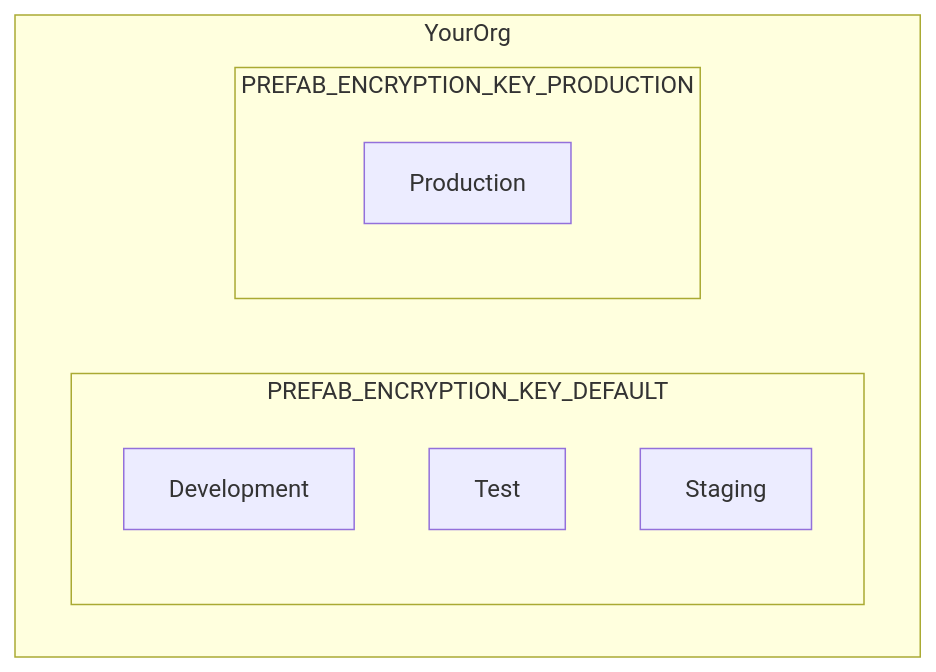
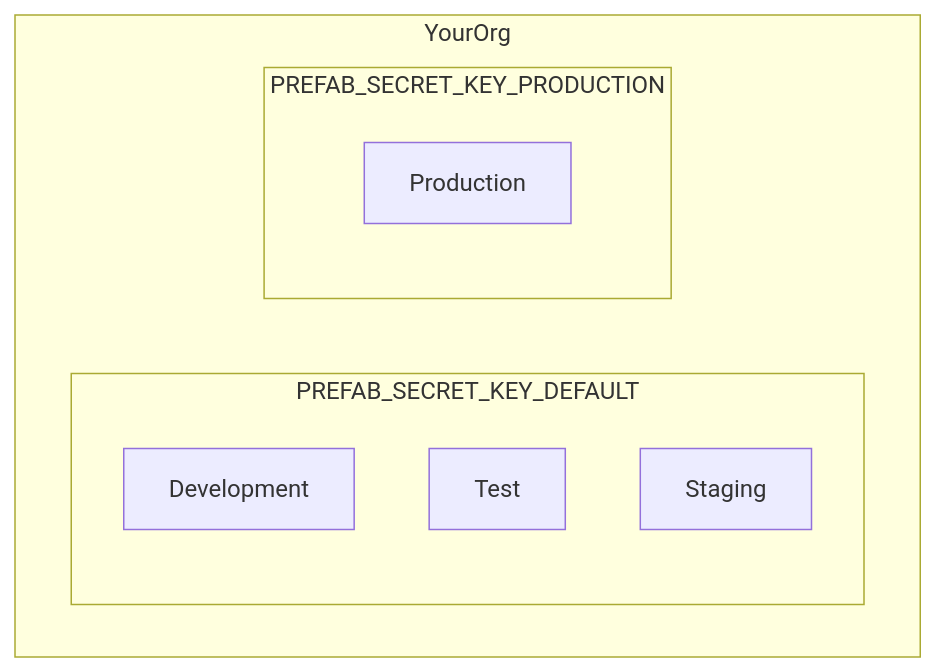
One commit to prefab-cloud/prefab-cloud-docs-web changed the second of 3 diagrams in docs/explanations/features/secret-management.md. Above: the diagram before and after it, drawn with Mermaid. The commit also changed other lines of this file, not shown here.

Commit message:
secret-management

````diff
--- a/docs/explanations/features/secret-management.md
+++ b/docs/explanations/features/secret-management.md
@@ -136,14 +136,14 @@
 ```mermaid
 graph
   subgraph YourOrg
-    subgraph PREFAB_ENCRYPTION_KEY_DEFAULT
+    subgraph PREFAB_SECRET_KEY_DEFAULT
       Development
       Test
       Staging
     end
-    subgraph PREFAB_ENCRYPTION_KEY_PRODUCTION
+    subgraph PREFAB_SECRET_KEY_PRODUCTION
       Production
     end
    
   end
 ```
````
